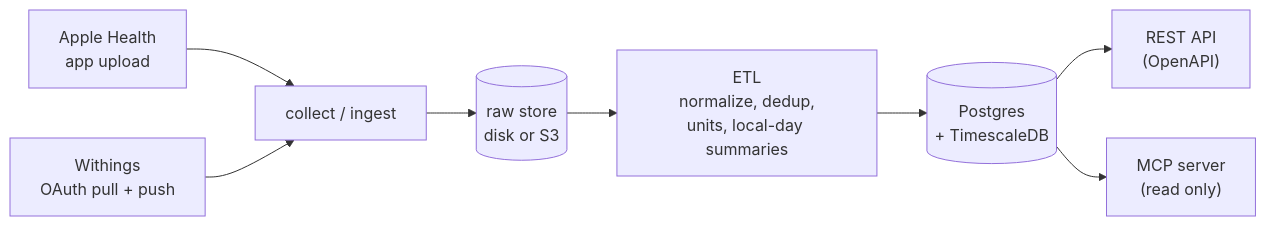
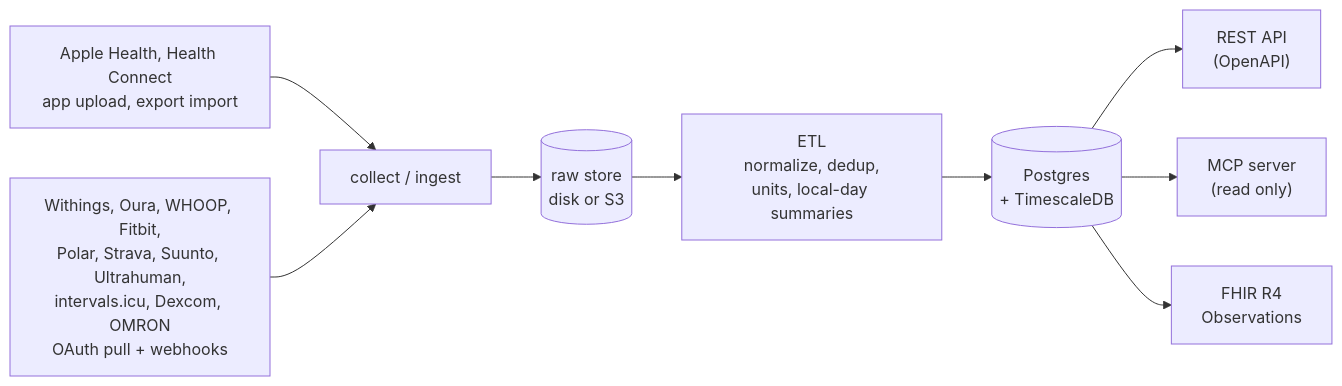
One commit to Berndinox/open-health-sync changed the diagram in README.md. Above: the diagram before and after it, drawn with Mermaid. The commit also changed other lines of this file and 2 other files, not shown here.

First line of the commit message:
docs(readme): sharper first screen, thirteen sources, roadmap and use cases (#25)

````diff
--- a/README.md
+++ b/README.md
@@ -219,10 +328,11 @@
 ```mermaid
 flowchart LR
-  AH["Apple Health<br/>app upload"] --> C
-  WI["Withings<br/>OAuth pull + push"] --> C
+  AH["Apple Health, Health Connect<br/>app upload, export import"] --> C
+  CL["Withings, Oura, WHOOP, Fitbit,<br/>Polar, Strava, Suunto, Ultrahuman,<br/>intervals.icu, Dexcom, OMRON<br/>OAuth pull + webhooks"] --> C
   C["collect / ingest"] --> R[("raw store<br/>disk or S3")]
   R --> E["ETL<br/>normalize, dedup,<br/>units, local-day summaries"]
   E --> P[("Postgres<br/>+ TimescaleDB")]
   P --> API["REST API<br/>(OpenAPI)"]
   P --> MCP["MCP server<br/>(read only)"]
+  P --> FHIR["FHIR R4<br/>Observations"]
 ```
````
